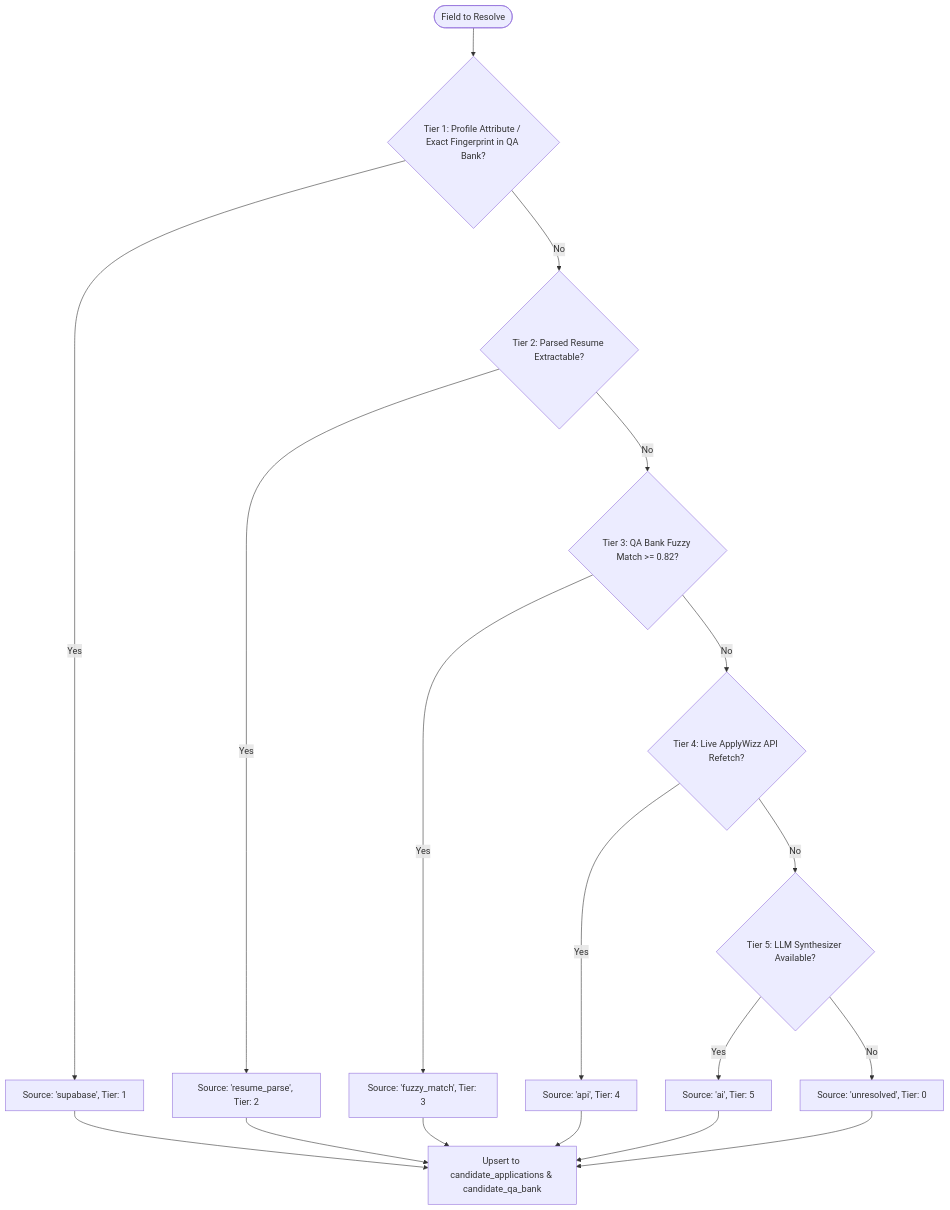
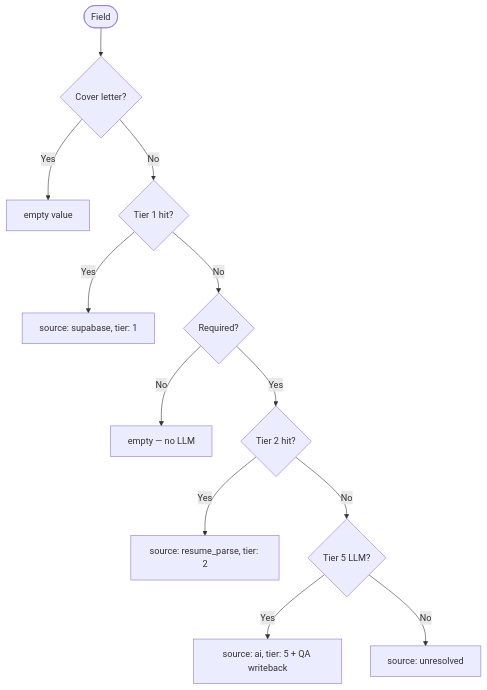
One commit to yaswanthnaidu-yalla-applywizz/greehouse_apply changed the second of 2 diagrams in CODEBASE_ANALYSIS.md. Above: the diagram before and after it, drawn with Mermaid. The commit also changed other lines of this file and 62 other files, not shown here.

````diff
--- a/CODEBASE_ANALYSIS.md
+++ b/CODEBASE_ANALYSIS.md
@@ -177,25 +282,14 @@
 ```mermaid
 flowchart TD
-    Start([Field to Resolve]) --> T1{Tier 1: Profile Attribute / Exact Fingerprint in QA Bank?}
-    T1 -- Yes --> R1[Source: 'supabase', Tier: 1]
-    T1 -- No --> T2{Tier 2: Parsed Resume Extractable?}
-    
-    T2 -- Yes --> R2[Source: 'resume_parse', Tier: 2]
-    T2 -- No --> T3{Tier 3: QA Bank Fuzzy Match >= 0.82?}
-    
-    T3 -- Yes --> R3[Source: 'fuzzy_match', Tier: 3]
-    T3 -- No --> T4{Tier 4: Live ApplyWizz API Refetch?}
-    
-    T4 -- Yes --> R4[Source: 'api', Tier: 4]
-    T4 -- No --> T5{Tier 5: LLM Synthesizer Available?}
-    
-    T5 -- Yes --> R5[Source: 'ai', Tier: 5]
-    T5 -- No --> Unres[Source: 'unresolved', Tier: 0]
-    
-    R1 --> Upsert[Upsert to candidate_applications & candidate_qa_bank]
-    R2 --> Upsert
-    R3 --> Upsert
-    R4 --> Upsert
-    R5 --> Upsert
-    Unres --> Upsert
+    Start([Field]) --> CL{Cover letter?}
+    CL -- Yes --> Empty[empty value]
+    CL -- No --> T1{Tier 1 hit?}
+    T1 -- Yes --> R1[source: supabase, tier: 1]
+    T1 -- No --> Req{Required?}
+    Req -- No --> Empty2[empty — no LLM]
+    Req -- Yes --> T2{Tier 2 hit?}
+    T2 -- Yes --> R2[source: resume_parse, tier: 2]
+    T2 -- No --> T5{Tier 5 LLM?}
+    T5 -- Yes --> R5[source: ai, tier: 5 + QA writeback]
+    T5 -- No --> Unres[source: unresolved]
 ```
````
